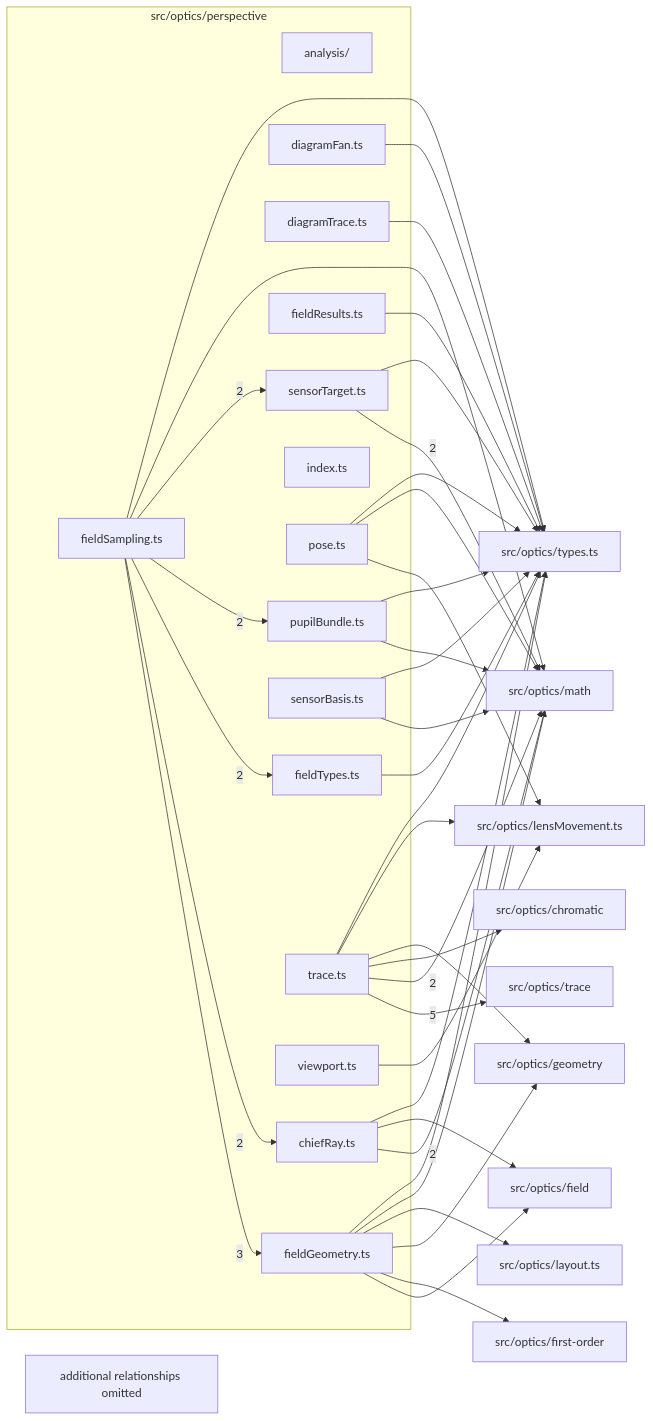
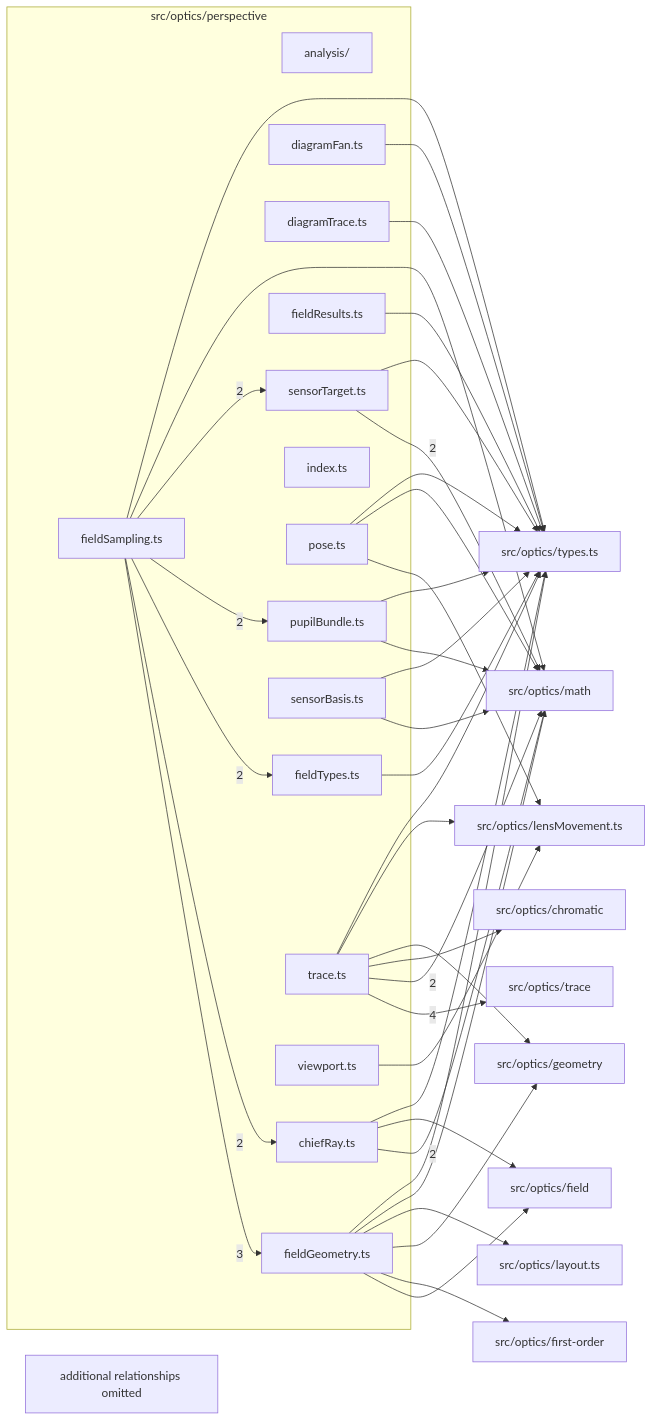
Before and after one commit to BeamFour/LensVisualizer: the diagram in src/optics/perspective/readme.md, drawn with Mermaid. The commit also changed other lines of this file and 31 other files, not shown here.

````diff
--- a/src/optics/perspective/readme.md
+++ b/src/optics/perspective/readme.md
@@ -9,66 +9,66 @@
 ```mermaid
 flowchart LR
   subgraph n_src_optics_perspective["src/optics/perspective"]
     n_src_optics_perspective_src_optics_perspective_analysis["analysis/"]
     n_src_optics_perspective_src_optics_perspective_chiefRay_ts["chiefRay.ts"]
     n_src_optics_perspective_src_optics_perspective_diagramFan_ts["diagramFan.ts"]
     n_src_optics_perspective_src_optics_perspective_diagramTrace_ts["diagramTrace.ts"]
     n_src_optics_perspective_src_optics_perspective_fieldGeometry_ts["fieldGeometry.ts"]
     n_src_optics_perspective_src_optics_perspective_fieldResults_ts["fieldResults.ts"]
     n_src_optics_perspective_src_optics_perspective_fieldSampling_ts["fieldSampling.ts"]
     n_src_optics_perspective_src_optics_perspective_fieldTypes_ts["fieldTypes.ts"]
     n_src_optics_perspective_src_optics_perspective_index_ts["index.ts"]
     n_src_optics_perspective_src_optics_perspective_pose_ts["pose.ts"]
     n_src_optics_perspective_src_optics_perspective_pupilBundle_ts["pupilBundle.ts"]
     n_src_optics_perspective_src_optics_perspective_sensorBasis_ts["sensorBasis.ts"]
     n_src_optics_perspective_src_optics_perspective_sensorTarget_ts["sensorTarget.ts"]
     n_src_optics_perspective_src_optics_perspective_trace_ts["trace.ts"]
     n_src_optics_perspective_src_optics_perspective_viewport_ts["viewport.ts"]
   end
   n_external_src_optics_trace["src/optics/trace"]
   n_external_src_optics_math["src/optics/math"]
   n_external_src_optics_chromatic["src/optics/chromatic"]
   n_external_src_optics_field["src/optics/field"]
   n_external_src_optics_first_order["src/optics/first-order"]
   n_external_src_optics_geometry["src/optics/geometry"]
   n_external_src_optics_layout_ts["src/optics/layout.ts"]
   n_external_src_optics_lensMovement_ts["src/optics/lensMovement.ts"]
   n_external_src_optics_types_ts["src/optics/types.ts"]
-  n_src_optics_perspective_src_optics_perspective_trace_ts --> |5| n_external_src_optics_trace
+  n_src_optics_perspective_src_optics_perspective_trace_ts --> |4| n_external_src_optics_trace
   n_src_optics_perspective_src_optics_perspective_fieldSampling_ts --> |3| n_src_optics_perspective_src_optics_perspective_fieldGeometry_ts
   n_src_optics_perspective_src_optics_perspective_chiefRay_ts --> |2| n_external_src_optics_math
   n_src_optics_perspective_src_optics_perspective_sensorTarget_ts --> |2| n_external_src_optics_math
   n_src_optics_perspective_src_optics_perspective_trace_ts --> |2| n_external_src_optics_math
   n_src_optics_perspective_src_optics_perspective_fieldSampling_ts --> |2| n_src_optics_perspective_src_optics_perspective_chiefRay_ts
   n_src_optics_perspective_src_optics_perspective_fieldSampling_ts --> |2| n_src_optics_perspective_src_optics_perspective_fieldTypes_ts
   n_src_optics_perspective_src_optics_perspective_fieldSampling_ts --> |2| n_src_optics_perspective_src_optics_perspective_pupilBundle_ts
   n_src_optics_perspective_src_optics_perspective_fieldSampling_ts --> |2| n_src_optics_perspective_src_optics_perspective_sensorTarget_ts
   n_src_optics_perspective_src_optics_perspective_trace_ts --> n_external_src_optics_chromatic
   n_src_optics_perspective_src_optics_perspective_chiefRay_ts --> n_external_src_optics_field
   n_src_optics_perspective_src_optics_perspective_fieldGeometry_ts --> n_external_src_optics_field
   n_src_optics_perspective_src_optics_perspective_fieldGeometry_ts --> n_external_src_optics_first_order
   n_src_optics_perspective_src_optics_perspective_fieldGeometry_ts --> n_external_src_optics_geometry
   n_src_optics_perspective_src_optics_perspective_trace_ts --> n_external_src_optics_geometry
   n_src_optics_perspective_src_optics_perspective_fieldGeometry_ts --> n_external_src_optics_layout_ts
   n_src_optics_perspective_src_optics_perspective_pose_ts --> n_external_src_optics_lensMovement_ts
   n_src_optics_perspective_src_optics_perspective_trace_ts --> n_external_src_optics_lensMovement_ts
   n_src_optics_perspective_src_optics_perspective_viewport_ts --> n_external_src_optics_lensMovement_ts
   n_src_optics_perspective_src_optics_perspective_fieldGeometry_ts --> n_external_src_optics_math
   n_src_optics_perspective_src_optics_perspective_fieldSampling_ts --> n_external_src_optics_math
   n_src_optics_perspective_src_optics_perspective_pose_ts --> n_external_src_optics_math
   n_src_optics_perspective_src_optics_perspective_pupilBundle_ts --> n_external_src_optics_math
   n_src_optics_perspective_src_optics_perspective_sensorBasis_ts --> n_external_src_optics_math
   n_src_optics_perspective_src_optics_perspective_chiefRay_ts --> n_external_src_optics_types_ts
   n_src_optics_perspective_src_optics_perspective_diagramFan_ts --> n_external_src_optics_types_ts
   n_src_optics_perspective_src_optics_perspective_diagramTrace_ts --> n_external_src_optics_types_ts
   n_src_optics_perspective_src_optics_perspective_fieldGeometry_ts --> n_external_src_optics_types_ts
   n_src_optics_perspective_src_optics_perspective_fieldResults_ts --> n_external_src_optics_types_ts
   n_src_optics_perspective_src_optics_perspective_fieldSampling_ts --> n_external_src_optics_types_ts
   n_src_optics_perspective_src_optics_perspective_fieldTypes_ts --> n_external_src_optics_types_ts
   n_src_optics_perspective_src_optics_perspective_pose_ts --> n_external_src_optics_types_ts
   n_src_optics_perspective_src_optics_perspective_pupilBundle_ts --> n_external_src_optics_types_ts
   n_src_optics_perspective_src_optics_perspective_sensorBasis_ts --> n_external_src_optics_types_ts
   n_src_optics_perspective_src_optics_perspective_sensorTarget_ts --> n_external_src_optics_types_ts
   n_src_optics_perspective_src_optics_perspective_trace_ts --> n_external_src_optics_types_ts
   n_src_optics_perspective_truncated["additional relationships omitted"]
 ```
````
